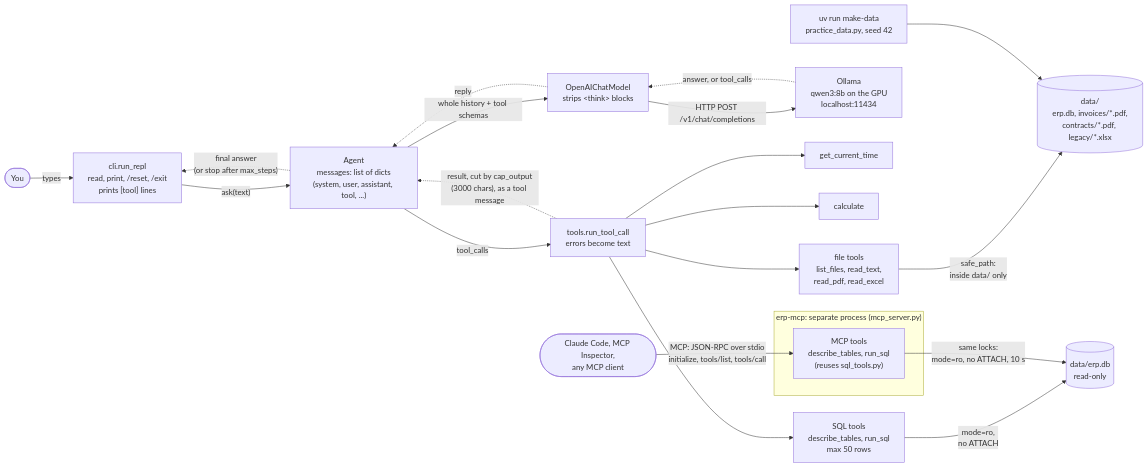
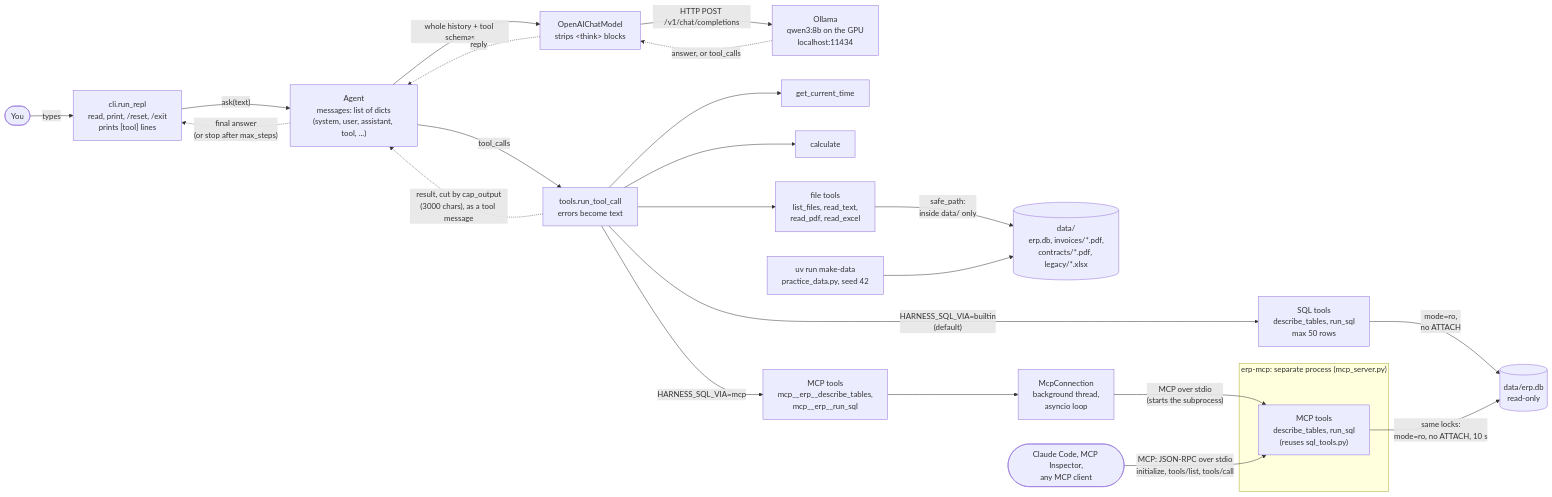
Before and after one commit to abilalakin/agent-harness-from-scratch: the diagram in docs/architecture.md, drawn with Mermaid. The commit also changed other lines of this file and 7 other files, not shown here.

Commit message:
feat: load MCP server tools into the harness

````diff
--- a/docs/architecture.md
+++ b/docs/architecture.md
@@ -5,26 +5,29 @@
 ```mermaid
 flowchart LR
     User([You]) -- types --> CLI["cli.run_repl<br/>read, print, /reset, /exit<br/>prints [tool] lines"]
     CLI -- "ask(text)" --> Agent["Agent<br/>messages: list of dicts<br/>(system, user, assistant, tool, ...)"]
     Agent -- "whole history + tool schemas" --> Model["OpenAIChatModel<br/>strips &lt;think&gt; blocks"]
     Model -- "HTTP POST /v1/chat/completions" --> Ollama["Ollama<br/>qwen3:8b on the GPU<br/>localhost:11434"]
     Ollama -. "answer, or tool_calls" .-> Model
     Model -. reply .-> Agent
     Agent -- "tool_calls" --> Runner["tools.run_tool_call<br/>errors become text"]
     Runner --> T1[get_current_time]
     Runner --> T2[calculate]
     Runner --> FT["file tools<br/>list_files, read_text,<br/>read_pdf, read_excel"]
     FT -- "safe_path:<br/>inside data/ only" --> Data
-    Runner --> ST["SQL tools<br/>describe_tables, run_sql<br/>max 50 rows"]
+    Runner -- "HARNESS_SQL_VIA=builtin<br/>(default)" --> ST["SQL tools<br/>describe_tables, run_sql<br/>max 50 rows"]
+    Runner -- "HARNESS_SQL_VIA=mcp" --> MT["MCP tools<br/>mcp__erp__describe_tables,<br/>mcp__erp__run_sql"]
+    MT --> Conn["McpConnection<br/>background thread,<br/>asyncio loop"]
+    Conn -- "MCP over stdio<br/>(starts the subprocess)" --> McpTools
     ST -- "mode=ro,<br/>no ATTACH" --> DB[("data/erp.db<br/>read-only")]
     Runner -. "result, cut by cap_output<br/>(3000 chars), as a tool message" .-> Agent
     Agent -. "final answer<br/>(or stop after max_steps)" .-> CLI
 
     subgraph ErpMcp["erp-mcp: separate process (mcp_server.py)"]
         McpTools["MCP tools<br/>describe_tables, run_sql<br/>(reuses sql_tools.py)"]
     end
     McpTools -- "same locks:<br/>mode=ro, no ATTACH, 10 s" --> DB
     AnyClient(["Claude Code, MCP Inspector,<br/>any MCP client"]) -- "MCP: JSON-RPC over stdio<br/>initialize, tools/list, tools/call" --> McpTools
 
     MakeData["uv run make-data<br/>practice_data.py, seed 42"] --> Data[("data/<br/>erp.db, invoices/*.pdf,<br/>contracts/*.pdf, legacy/*.xlsx")]
 ```
````
